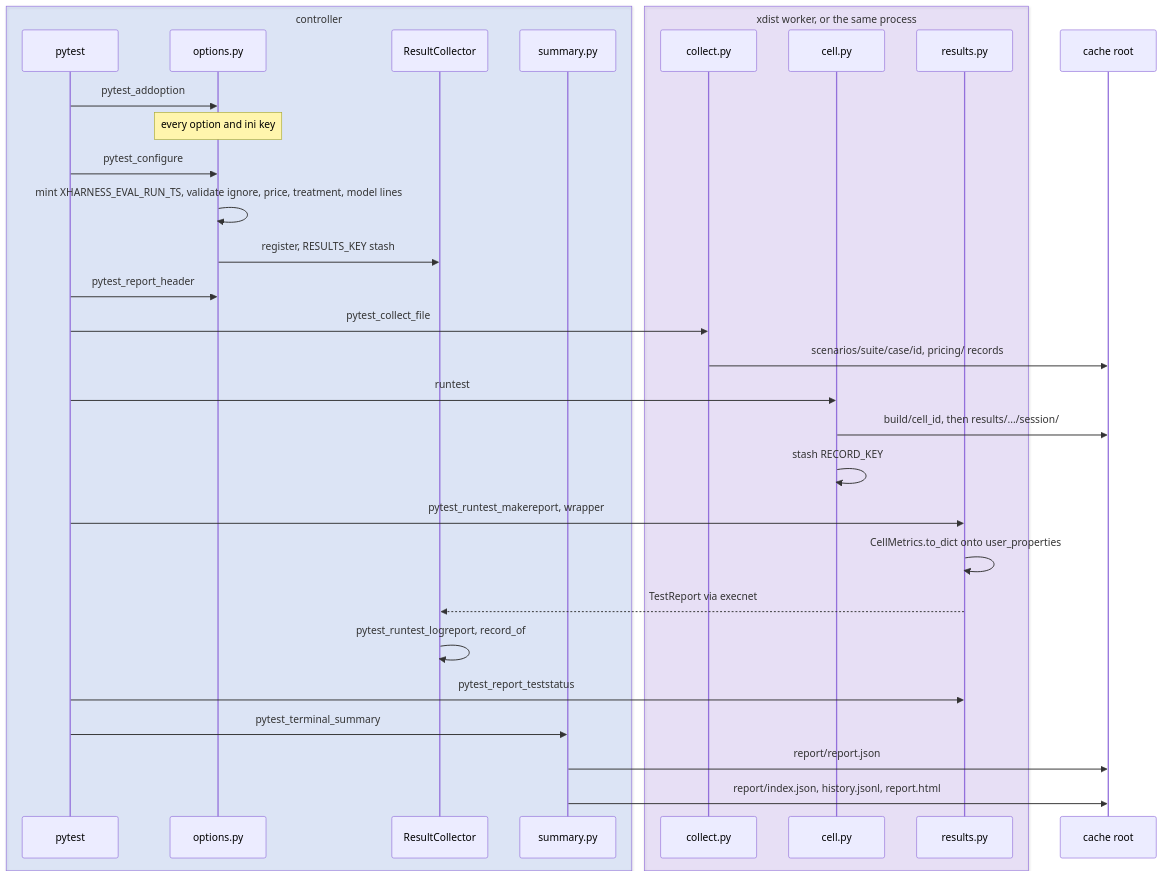
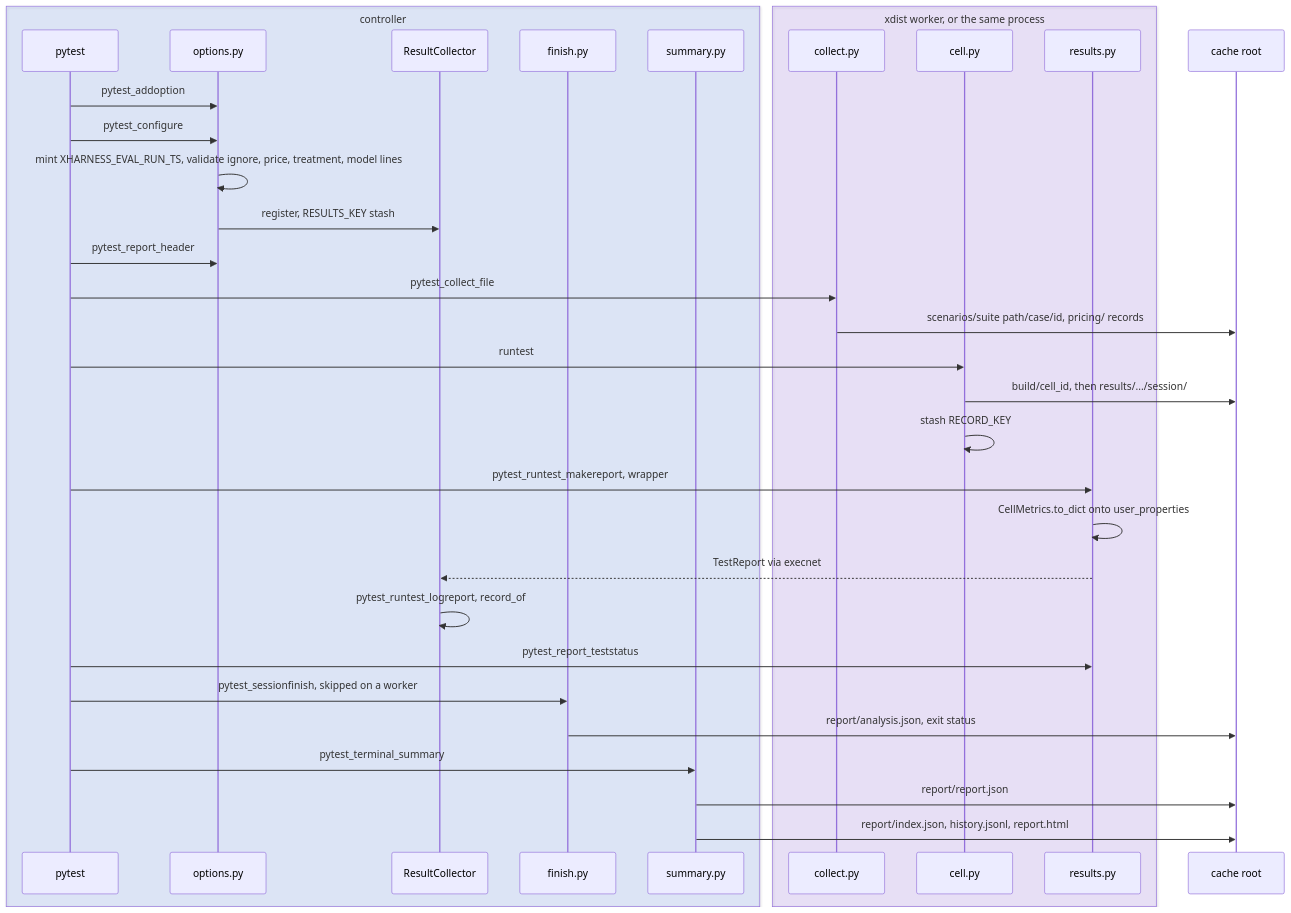
One commit to neozenith/pytest-xharness-eval changed the sixth of 39 diagrams in ARCHITECTURE.md. Above: the diagram before and after it, drawn with Mermaid. The commit also changed other lines of this file and 1 other file, not shown here.

First line of the commit message:
docs: ARCHITECTURE.md refreshed for the wired Analyzer, CellPlan and ADR 0076 names

````diff
--- a/ARCHITECTURE.md
+++ b/ARCHITECTURE.md
@@ -366,35 +373,37 @@
 ```mermaid
 sequenceDiagram
     box rgba(37,99,235,0.12) controller
         participant PY as pytest
         participant OPS as options.py
         participant RC as ResultCollector
+        participant FIN as finish.py
         participant SUM as summary.py
     end
     box rgba(124,58,237,0.12) xdist worker, or the same process
         participant COL as collect.py
         participant CELL as cell.py
         participant RES as results.py
     end
     participant FS as cache root
 
     PY->>OPS: pytest_addoption
-    Note over OPS: every option and ini key
     PY->>OPS: pytest_configure
     OPS->>OPS: mint XHARNESS_EVAL_RUN_TS, validate ignore, price, treatment, model lines
     OPS->>RC: register, RESULTS_KEY stash
     PY->>OPS: pytest_report_header
     PY->>COL: pytest_collect_file
-    COL->>FS: scenarios/suite/case/id, pricing/ records
+    COL->>FS: scenarios/suite path/case/id, pricing/ records
     PY->>CELL: runtest
     CELL->>FS: build/cell_id, then results/.../session/
     CELL->>CELL: stash RECORD_KEY
     PY->>RES: pytest_runtest_makereport, wrapper
     RES->>RES: CellMetrics.to_dict onto user_properties
     RES-->>RC: TestReport via execnet
     RC->>RC: pytest_runtest_logreport, record_of
     PY->>RES: pytest_report_teststatus
+    PY->>FIN: pytest_sessionfinish, skipped on a worker
+    FIN->>FS: report/analysis.json, exit status
     PY->>SUM: pytest_terminal_summary
     SUM->>FS: report/report.json
     SUM->>FS: report/index.json, history.jsonl, report.html
 ```
````
